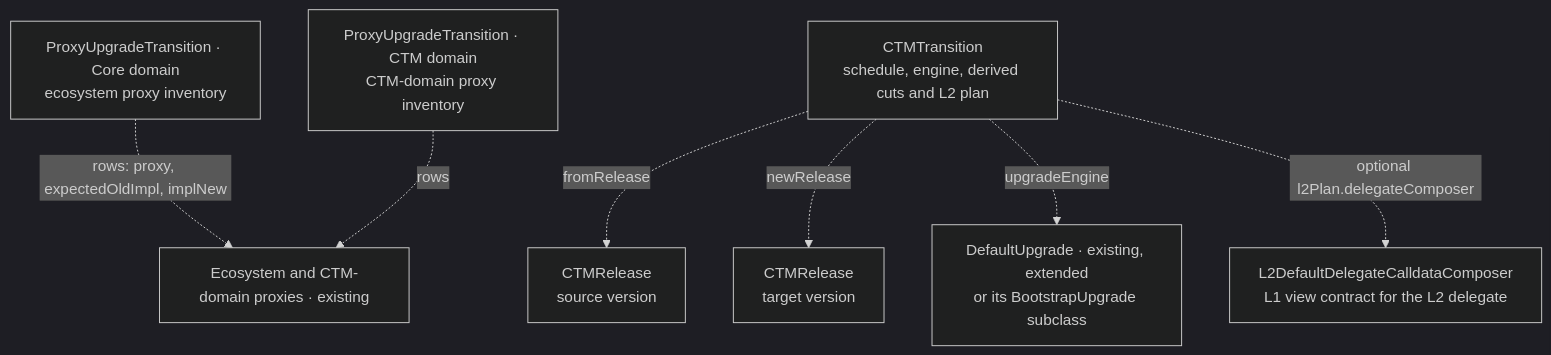
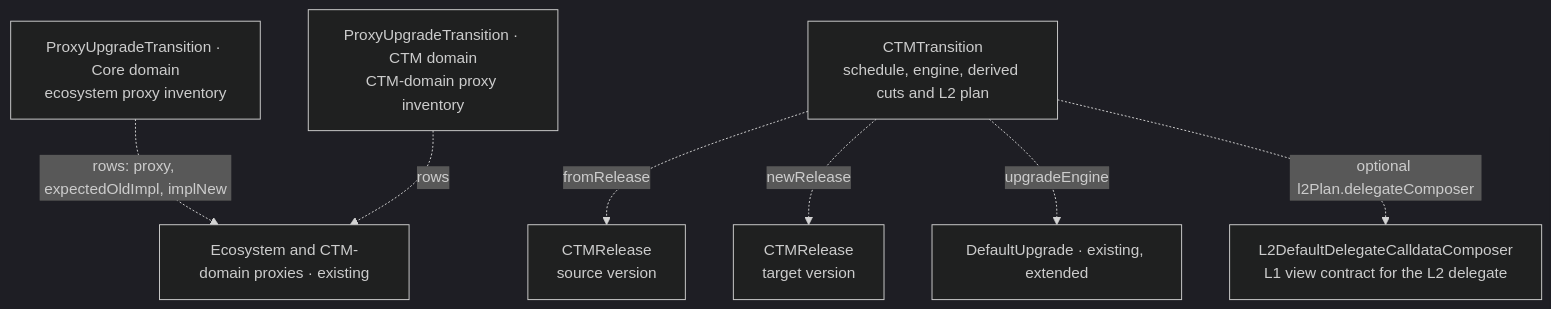
The first of 9 diagrams in docs/registry-driven-upgrades.md (matter-labs/era-contracts), drawn with Mermaid (dark theme) before and after one commit. The commit also changed other lines of this file and 15 other files, not shown here.

````diff
--- a/docs/registry-driven-upgrades.md
+++ b/docs/registry-driven-upgrades.md
@@ -80,18 +79,18 @@
 ```mermaid
 flowchart TB
     CORE["ProxyUpgradeTransition · Core domain<br/>ecosystem proxy inventory"]
     INFRA["ProxyUpgradeTransition · CTM domain<br/>CTM-domain proxy inventory"]
     TRANS["CTMTransition<br/>schedule, engine, derived cuts and L2 plan"]
     PROXIES["Ecosystem and CTM-domain proxies · existing"]
     FROM["CTMRelease<br/>source version"]
     TO["CTMRelease<br/>target version"]
-    ENGINE["DefaultUpgrade · existing, extended<br/>or its BootstrapUpgrade subclass"]
+    ENGINE["DefaultUpgrade · existing, extended"]
     COMPOSER["L2DefaultDelegateCalldataComposer<br/>L1 view contract for the L2 delegate"]
 
     CORE -.->|"rows: proxy, expectedOldImpl, implNew"| PROXIES
     INFRA -.->|"rows"| PROXIES
     TRANS -.->|"fromRelease"| FROM
     TRANS -.->|"newRelease"| TO
     TRANS -.->|"upgradeEngine"| ENGINE
     TRANS -.->|"optional l2Plan.delegateComposer"| COMPOSER
 ```
````
